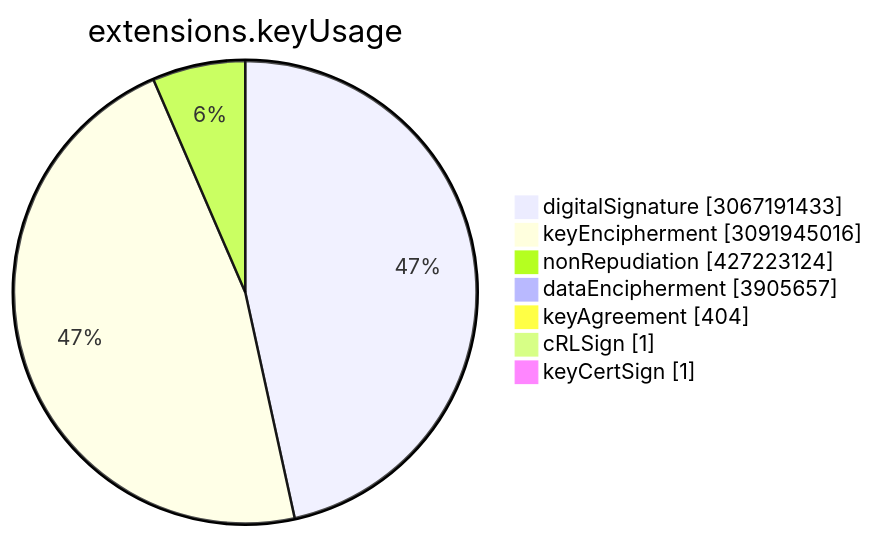
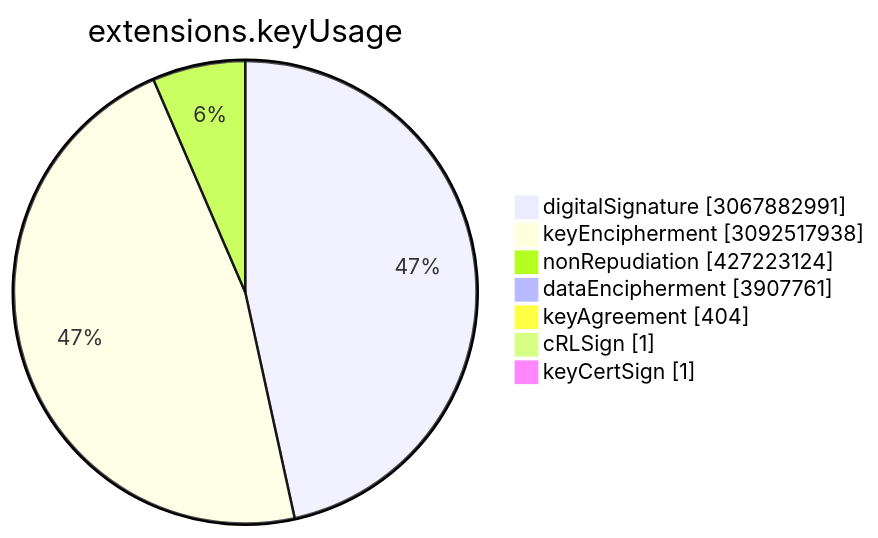
Before and after one commit to christiankrug/ctmonitor_visualization: the sixth of 15 diagrams in TOTAL/README.md, drawn with Mermaid. The commit also changed other lines of this file, not shown here.

````diff
--- a/TOTAL/README.md
+++ b/TOTAL/README.md
@@ -3077,11 +3077,11 @@
 ```mermaid
 pie showData
 title extensions.keyUsage
-"digitalSignature" :3067191433
-"keyEncipherment" :3091945016
+"digitalSignature" :3067882991
+"keyEncipherment" :3092517938
 "nonRepudiation" :427223124
-"dataEncipherment" :3905657
+"dataEncipherment" :3907761
 "keyAgreement" :404
 "cRLSign" :1
 "keyCertSign" :1
 ```
````
